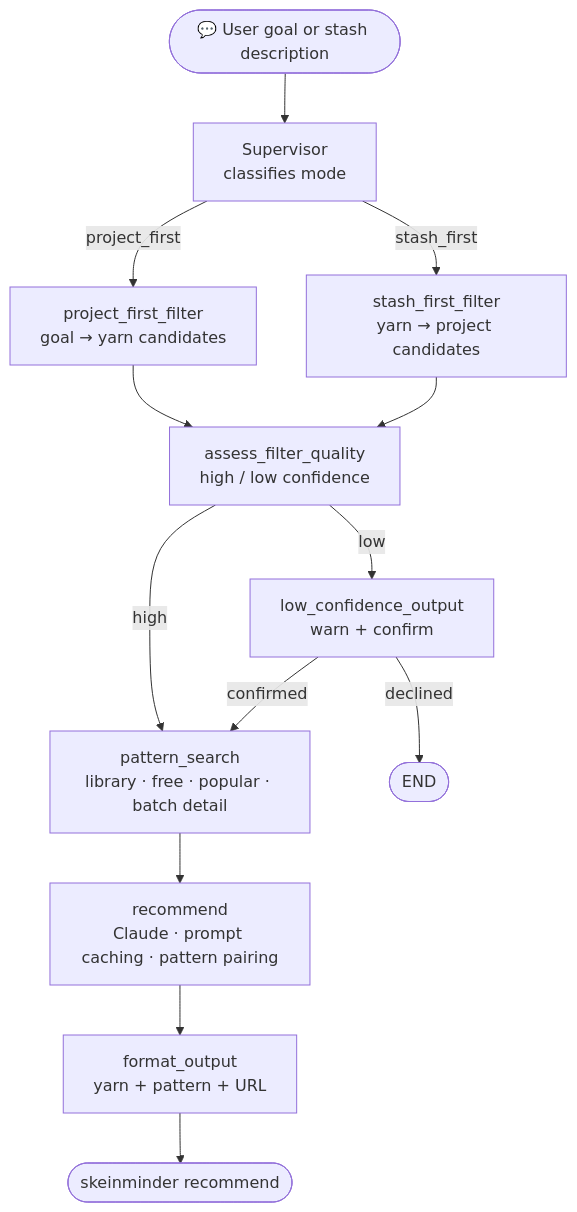
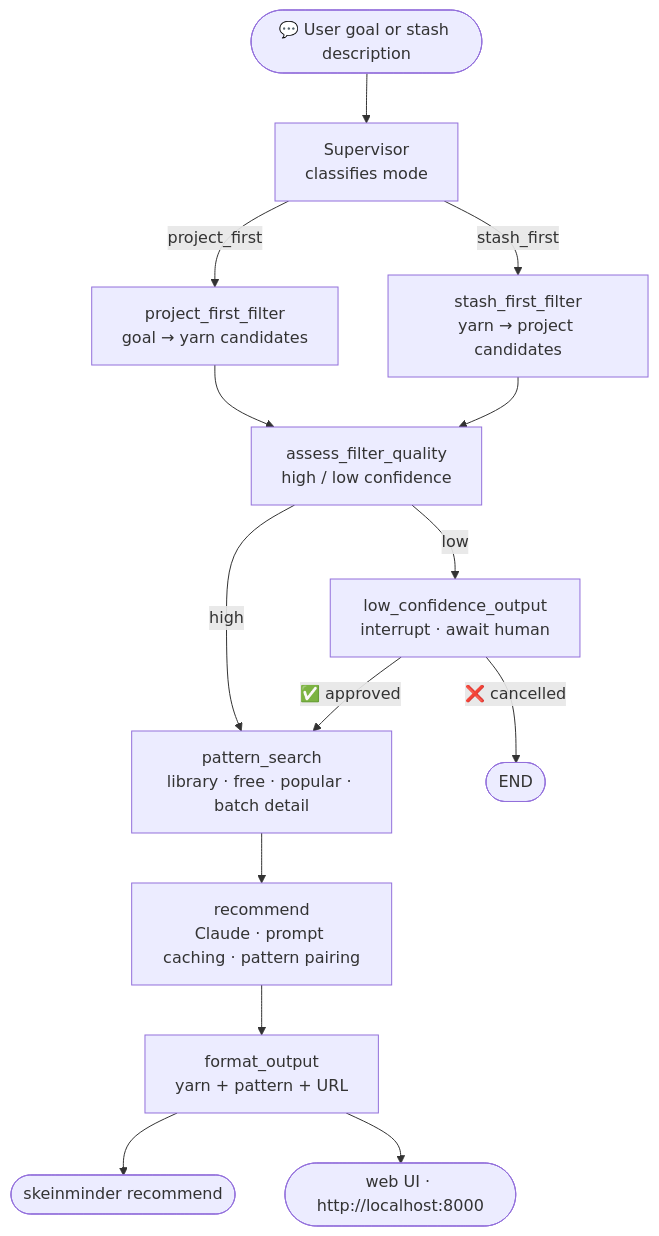
The first of 2 diagrams in README.md (ReneeErnst/skein-minder), drawn with Mermaid before and after one commit. The commit also changed 2 other files, not shown here.

````diff
--- a/README.md
+++ b/README.md
@@ -11,25 +11,26 @@
 ```mermaid
 flowchart TD
     User(["💬 User goal or stash description"])
     Supervisor["Supervisor\nclassifies mode"]
     PFF["project_first_filter\ngoal → yarn candidates"]
     SFF["stash_first_filter\nyarn → project candidates"]
     AQ["assess_filter_quality\nhigh / low confidence"]
-    LCO["low_confidence_output\nwarn + confirm"]
+    LCO["low_confidence_output\ninterrupt · await human"]
     PS["pattern_search\nlibrary · free · popular · batch detail"]
     Rec["recommend\nClaude · prompt caching · pattern pairing"]
     Fmt["format_output\nyarn + pattern + URL"]
 
     User --> Supervisor
     Supervisor -->|project_first| PFF
     Supervisor -->|stash_first| SFF
     PFF --> AQ
     SFF --> AQ
     AQ -->|high| PS
     AQ -->|low| LCO
-    LCO -->|confirmed| PS
-    LCO -->|declined| END(["END"])
+    LCO -->|"✅ approved"| PS
+    LCO -->|"❌ cancelled"| END(["END"])
     PS --> Rec
     Rec --> Fmt
     Fmt --> CLI(["skeinminder recommend"])
+    Fmt --> Web(["web UI · http://localhost:8000"])
 ```
````
